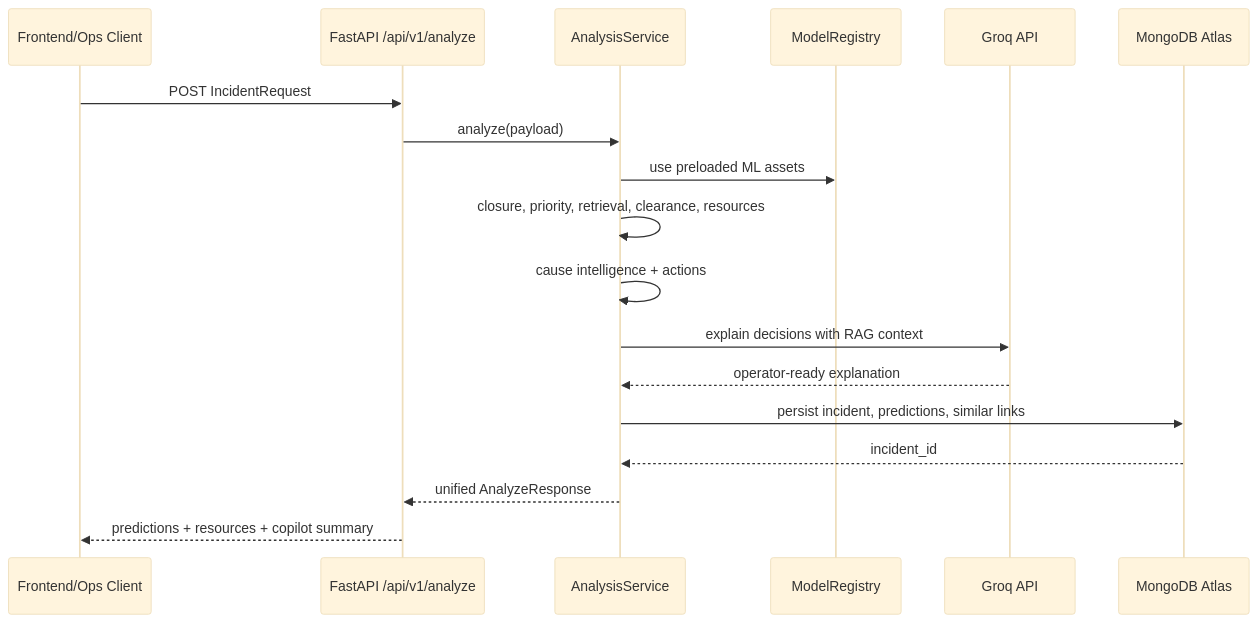
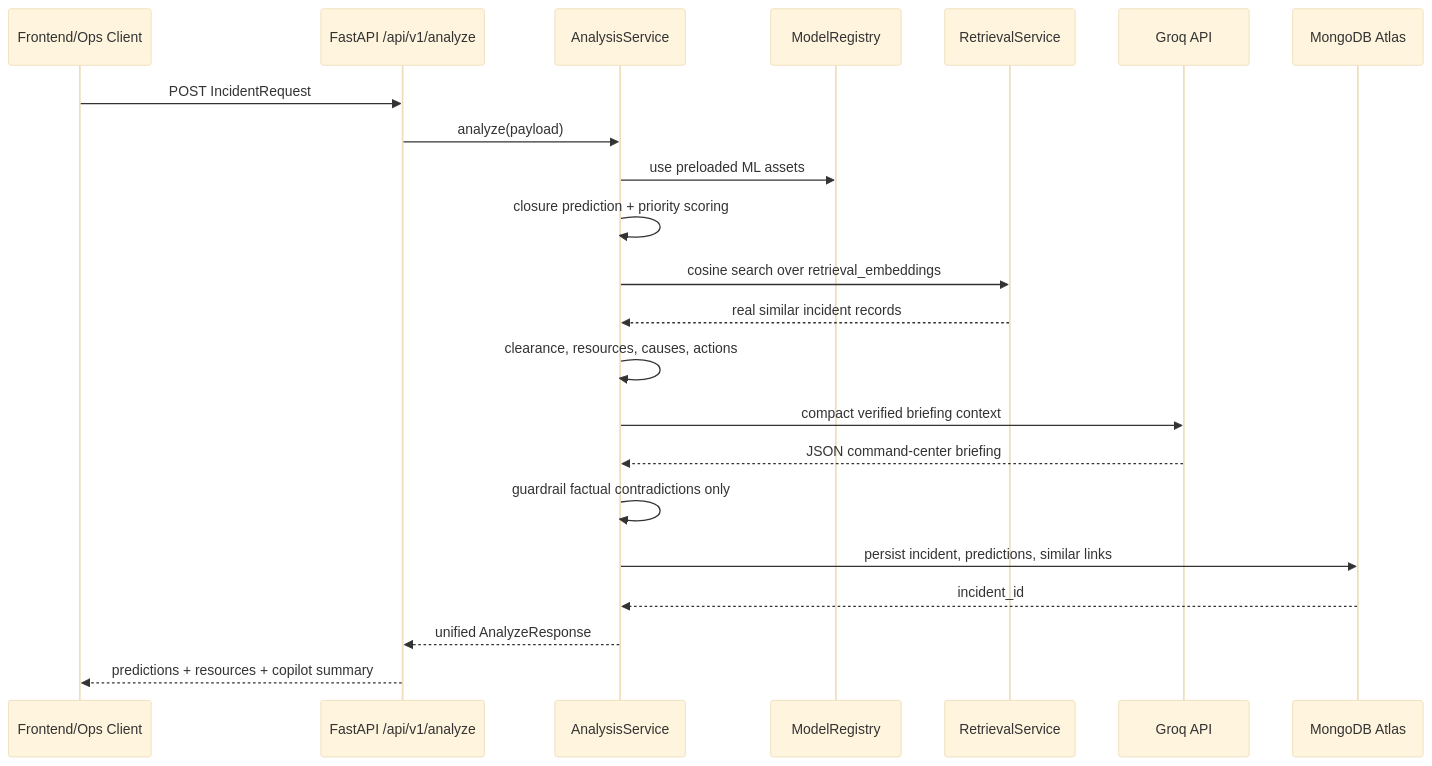
One commit to srikar2908/Gridlock changed the second of 2 diagrams in docs/architecture/backend_architecture.md. Above: the diagram before and after it, drawn with Mermaid (base theme). The commit also changed other lines of this file and 7 other files, not shown here.

````diff
--- a/docs/architecture/backend_architecture.md
+++ b/docs/architecture/backend_architecture.md
@@ -35,21 +37,25 @@
 ```mermaid
 sequenceDiagram
     participant UI as Frontend/Ops Client
     participant API as FastAPI /api/v1/analyze
     participant OR as AnalysisService
     participant MR as ModelRegistry
+    participant R as RetrievalService
     participant G as Groq API
     participant DB as MongoDB Atlas
 
     UI->>API: POST IncidentRequest
     API->>OR: analyze(payload)
     OR->>MR: use preloaded ML assets
-    OR->>OR: closure, priority, retrieval, clearance, resources
-    OR->>OR: cause intelligence + actions
-    OR->>G: explain decisions with RAG context
-    G-->>OR: operator-ready explanation
+    OR->>OR: closure prediction + priority scoring
+    OR->>R: cosine search over retrieval_embeddings
+    R-->>OR: real similar incident records
+    OR->>OR: clearance, resources, causes, actions
+    OR->>G: compact verified briefing context
+    G-->>OR: JSON command-center briefing
+    OR->>OR: guardrail factual contradictions only
     OR->>DB: persist incident, predictions, similar links
     DB-->>OR: incident_id
     OR-->>API: unified AnalyzeResponse
     API-->>UI: predictions + resources + copilot summary
 ```
````
